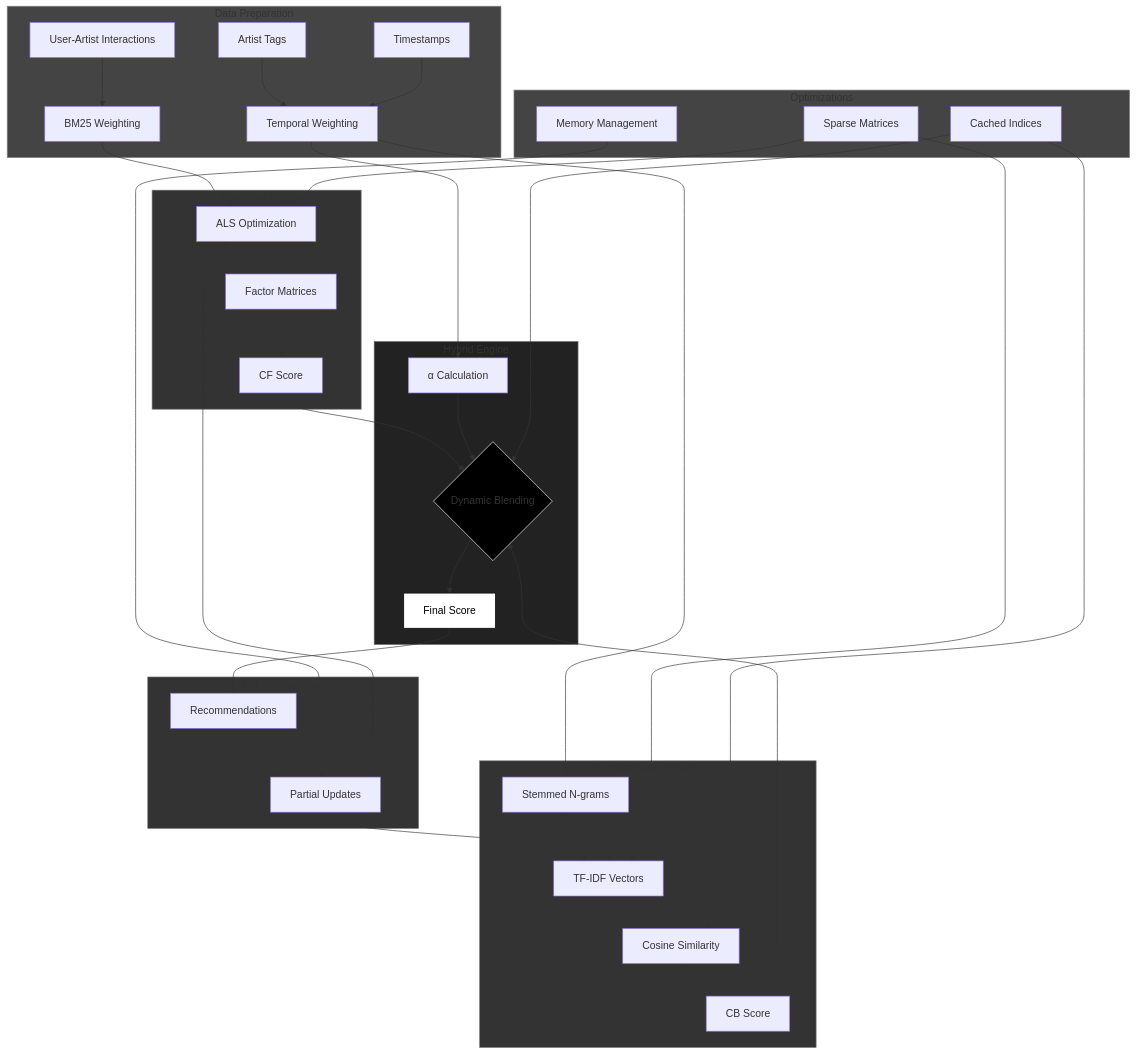
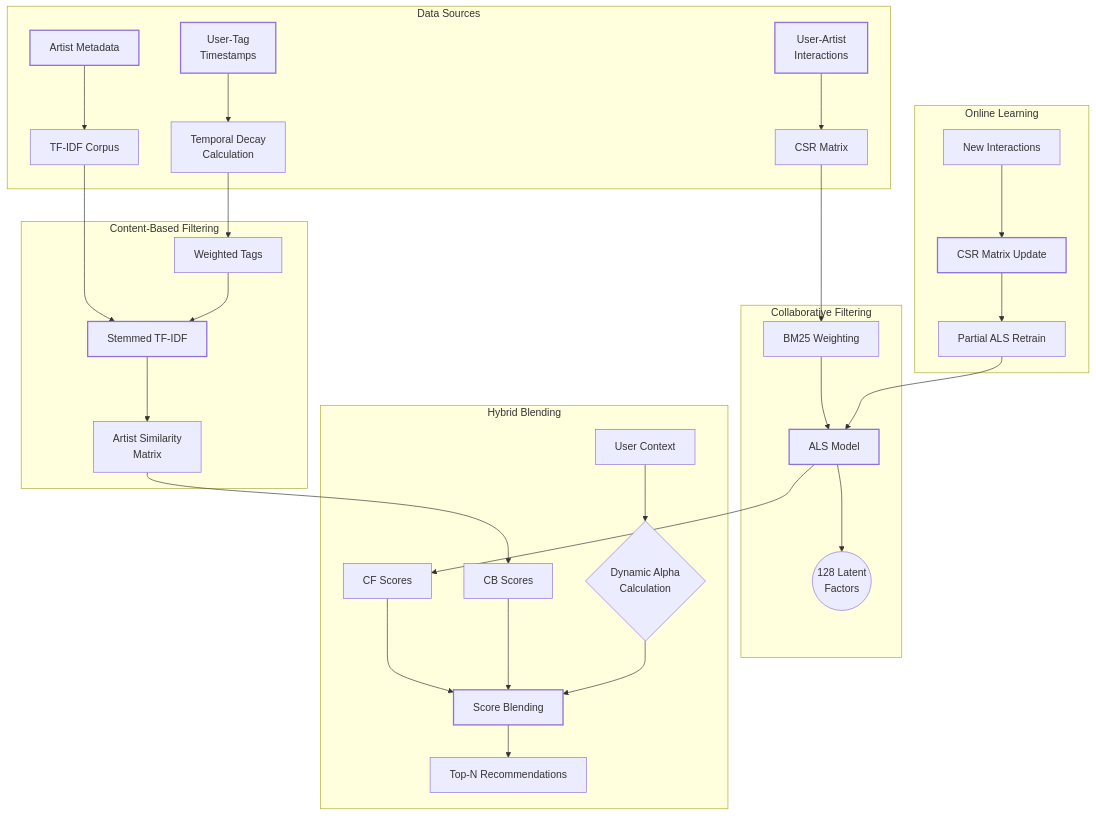
One commit to Mohabdo21/HybridRec-ContextEnrichment changed the diagram in README.md. Above: the diagram before and after it, drawn with Mermaid.

````diff
--- a/README.md
+++ b/README.md
@@ -44,52 +45,45 @@
 ```mermaid
-graph TD
-    subgraph DataLayer[Data Preparation]
-        A[User-Artist Interactions] --> B[BM25 Weighting]
-        C[Artist Tags] --> D[Temporal Weighting]
-        E[Timestamps] --> D
+graph TB
+    subgraph "Data Sources"
+        A[User-Artist<br>Interactions] --> B[CSR Matrix]
+        C[User-Tag<br>Timestamps] --> D[Temporal Decay<br>Calculation]
+        E[Artist Metadata] --> F[TF-IDF Corpus]
     end
 
-    subgraph CF[Collaborative Filtering]
-        B --> F[ALS Optimization]
-        F --> G[Factor Matrices]
-        G --> H[CF Score]
+    subgraph "Collaborative Filtering"
+        B --> G[BM25 Weighting]
+        G --> H[ALS Model]
+        H --> I((128 Latent<br>Factors))
     end
 
-    subgraph CB[Content-Based Filtering]
-        D --> I[Stemmed N-grams]
-        I --> J[TF-IDF Vectors]
-        J --> K[Cosine Similarity]
-        K --> L[CB Score]
+    subgraph "Content-Based Filtering"
+        D --> J[Weighted Tags]
+        F --> K[Stemmed TF-IDF]
+        J --> K
+        K --> L[Artist Similarity<br>Matrix]
     end
 
-    subgraph Hybrid[Hybrid Engine]
-        H --> M{Dynamic Blending}
-        L --> M
-        D --> N[α Calculation]
-        N --> M
-        M --> O[Final Score]
+    subgraph "Hybrid Blending"
+        M[User Context] --> N{Dynamic Alpha<br>Calculation}
+        H --> O[CF Scores]
+        L --> P[CB Scores]
+        O --> Q[Score Blending]
+        P --> Q
+        N --> Q
+        Q --> R[Top-N Recommendations]
     end
 
-    subgraph Runtime[Online Adaptation]
-        O --> P[Recommendations]
-        P --> Q[Partial Updates]
-        Q --> F
-        Q --> J
+    subgraph "Online Learning"
+        S[New Interactions] --> T[CSR Matrix Update]
+        T --> U[Partial ALS Retrain]
+        U --> H
     end
 
-    subgraph Optim[Optimizations]
-        R[Sparse Matrices] --> F & J
-        S[Cached Indices] --> K & M
-        T[Memory Management] --> Q
-    end
-
-    style DataLayer fill:#444,stroke:#888
-    style CF fill:#333,stroke:#777
-    style CB fill:#333,stroke:#777
-    style Hybrid fill:#222,stroke:#666
-    style Runtime fill:#333,stroke:#777
-    style Optim fill:#444,stroke:#888
-    style M fill:#000,stroke:#fff
-    style O fill:#fff,stroke:#000,color:#000
-
+    style A stroke-width:2px
+    style C stroke-width:2px
+    style E stroke-width:2px
+    style H stroke-width:2px
+    style K stroke-width:2px
+    style Q stroke-width:2px
+    style T stroke-width:2px
 ```
````
